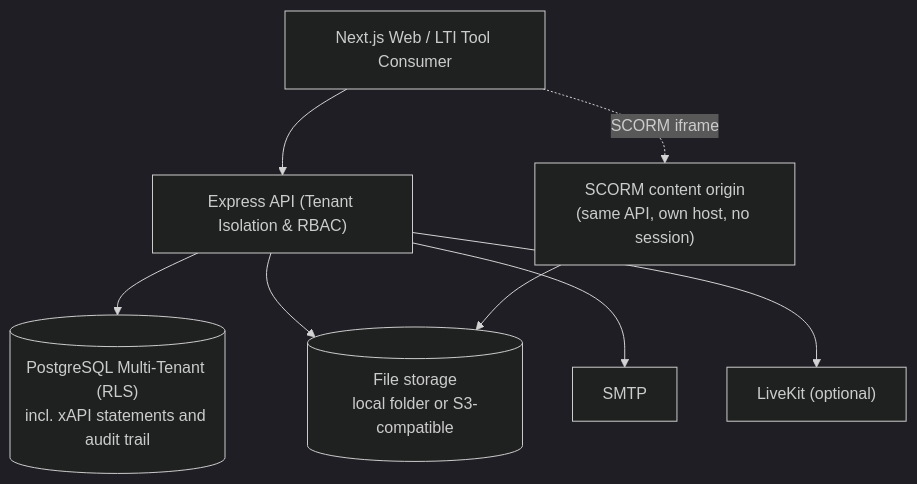
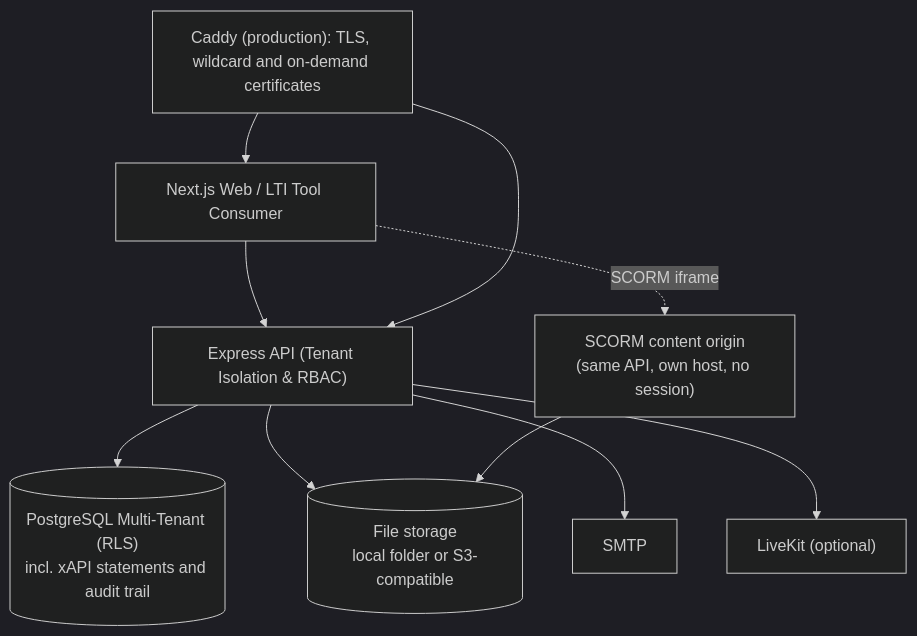
One commit to Shubham81155/lms changed the diagram in README.md. Above: the diagram before and after it, drawn with Mermaid (dark theme). The commit also changed other lines of this file and 1 other file, not shown here.

First line of the commit message:
Update the README and roadmap for the platform work since 18 October

````diff
--- a/README.md
+++ b/README.md
@@ -11,10 +11,12 @@
 ```mermaid
 flowchart TD
+    Edge["Caddy (production): TLS, wildcard and on-demand certificates"] --> Client
     Client["Next.js Web / LTI Tool Consumer"] --> CoreAPI["Express API (Tenant Isolation & RBAC)"]
+    Edge --> CoreAPI
     Client -. "SCORM iframe" .-> Content["SCORM content origin<br/>(same API, own host, no session)"]
     CoreAPI --> DB[("PostgreSQL Multi-Tenant (RLS)<br/>incl. xAPI statements and audit trail")]
     CoreAPI --> Store[("File storage<br/>local folder or S3-compatible")]
     Content --> Store
     CoreAPI --> SMTP["SMTP"]
     CoreAPI --> Live["LiveKit (optional)"]
 ```
````
